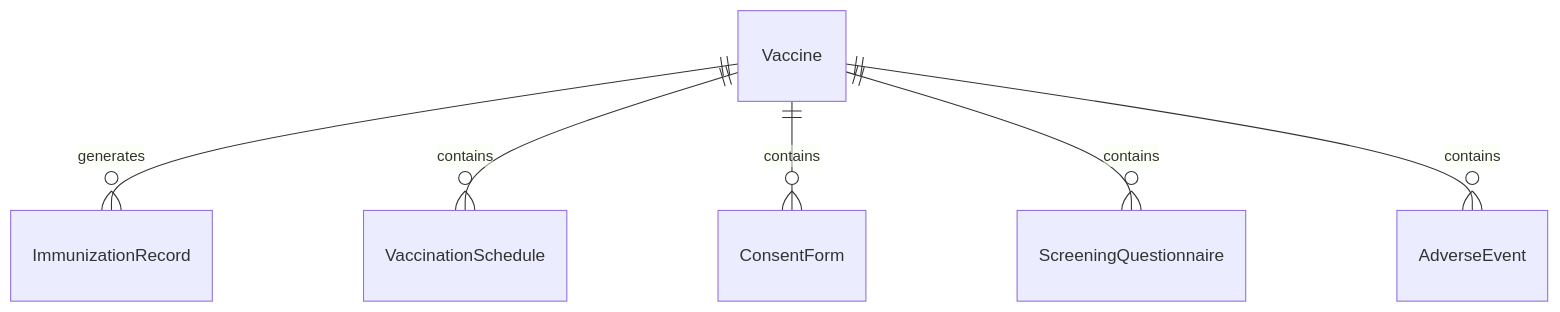
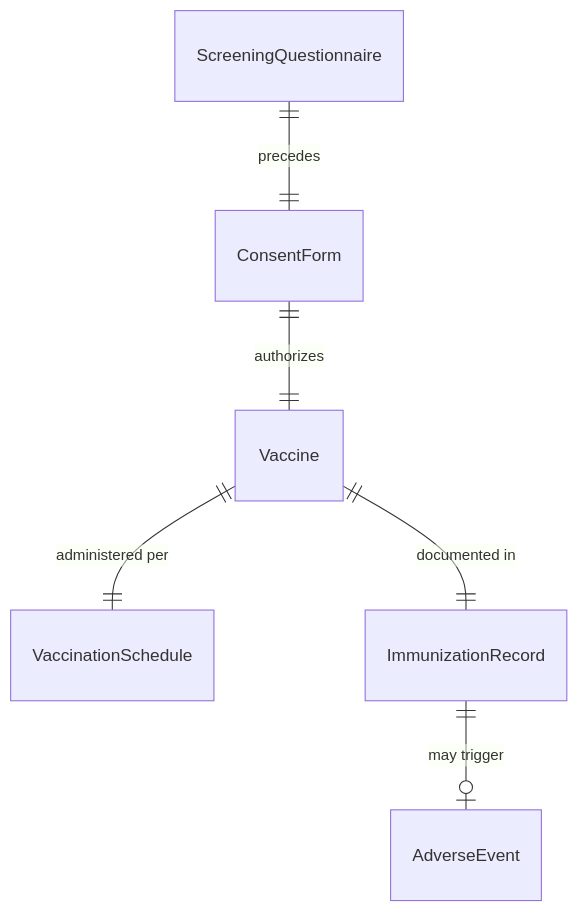
One commit to dot-org-ai/tasks.org.ai changed the first of 4 diagrams in AssistingAndCaringForOthers/AdministerBasicHealthCareOrMedicalTreatments/ImmunizePatients.mdx. Above: the diagram before and after it, drawn with Mermaid. The commit also changed other lines of this file and 32 other files, not shown here.

First line of the commit message:
fix: Improve ER and State diagrams in 32 AssistingAndCaringForOthers DWA files

````diff
--- a/AssistingAndCaringForOthers/AdministerBasicHealthCareOrMedicalTreatments/ImmunizePatients.mdx
+++ b/AssistingAndCaringForOthers/AdministerBasicHealthCareOrMedicalTreatments/ImmunizePatients.mdx
@@ -88,8 +88,8 @@
 ```mermaid
 erDiagram
-    Vaccine ||--o{ ImmunizationRecord : generates
-    Vaccine ||--o{ VaccinationSchedule : contains
-    Vaccine ||--o{ ConsentForm : contains
-    Vaccine ||--o{ ScreeningQuestionnaire : contains
-    Vaccine ||--o{ AdverseEvent : contains
+    ScreeningQuestionnaire ||--|| ConsentForm : precedes
+    ConsentForm ||--|| Vaccine : authorizes
+    Vaccine ||--|| VaccinationSchedule : "administered per"
+    Vaccine ||--|| ImmunizationRecord : "documented in"
+    ImmunizationRecord ||--o| AdverseEvent : "may trigger"
 ```
````
